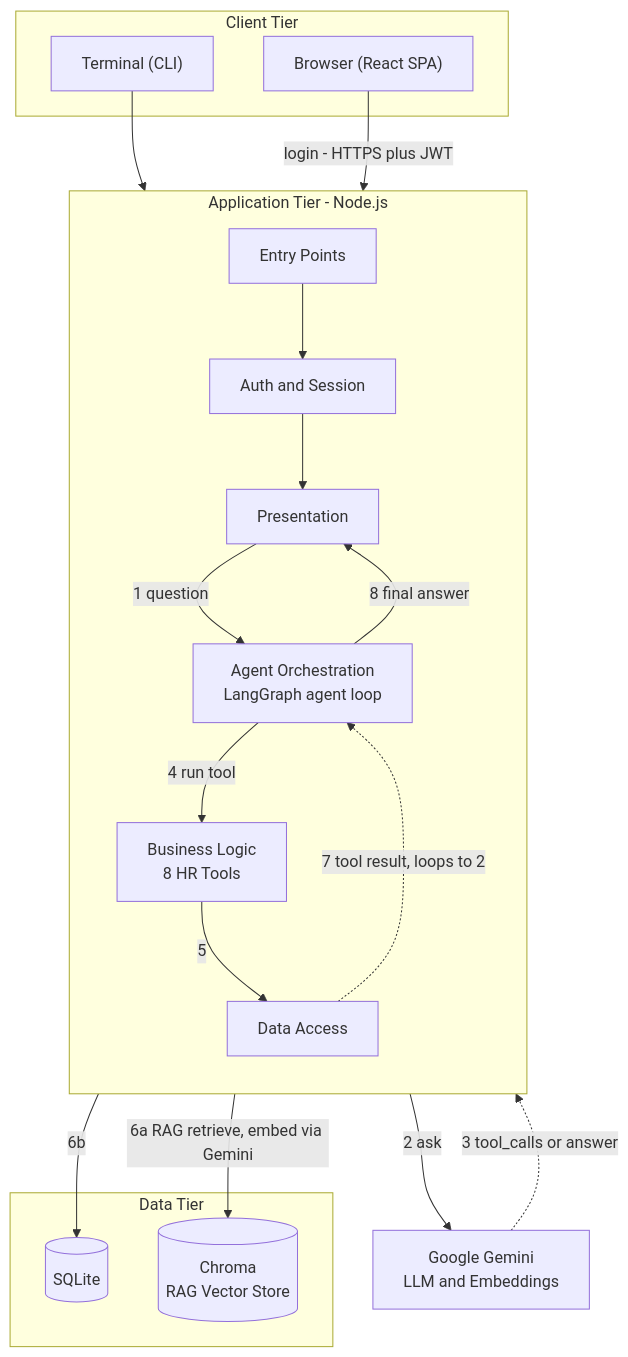
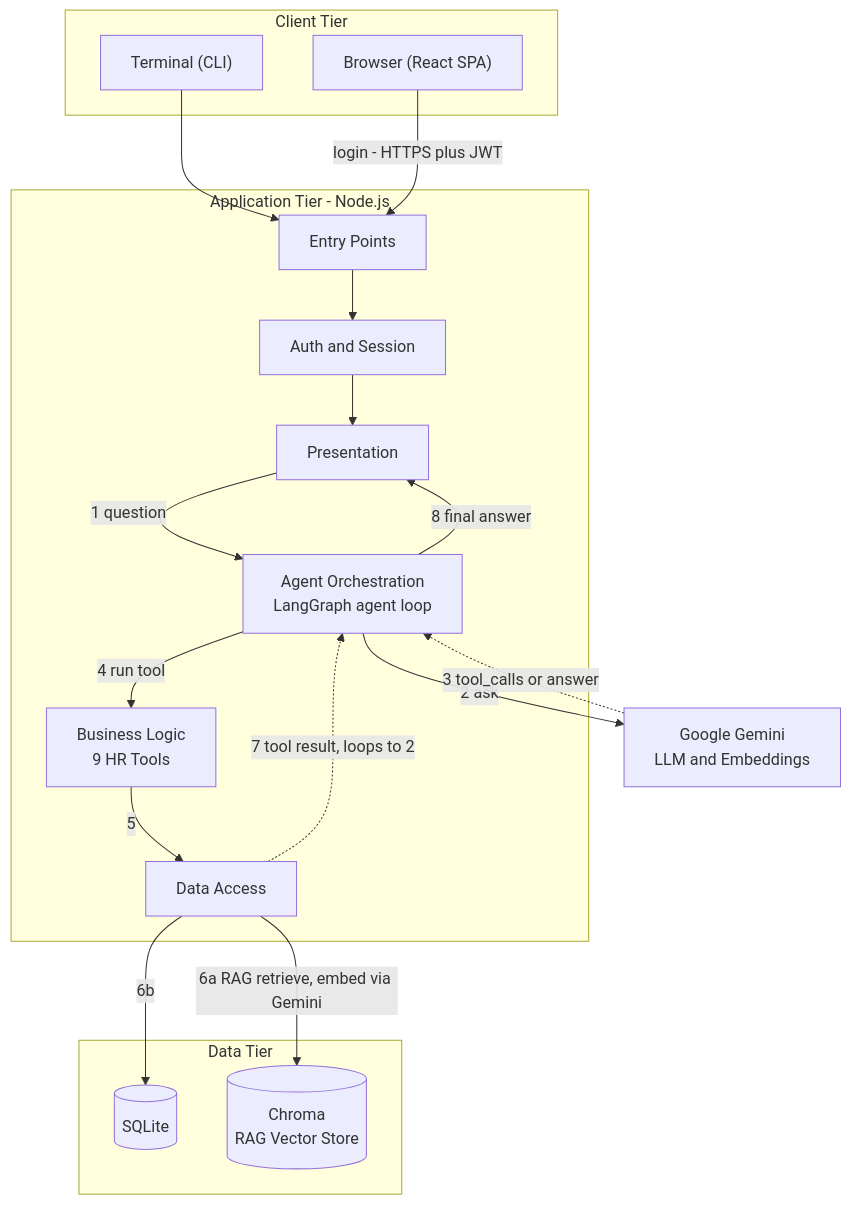
One commit to Nandhakumar-nk/hr-chat-agent changed the diagram in README.md. Above: the diagram before and after it, drawn with Mermaid.

Commit message:
README: normalize the architecture diagram's Mermaid syntax
Removes a subgraph direction override that's a known source of
version-dependent layout differences across Mermaid renderers, and
switches multi-line node labels from embedded newlines to <br/>, the
more portable way to break a line inside a label. Also fixes the
Business Logic node's stale "8 HR Tools" to 9 (submit_leave_request
was added since). No change to nodes, edges or information shown.

````diff
--- a/README.md
+++ b/README.md
@@ -15,42 +15,37 @@
 ```mermaid
 flowchart TB
     subgraph Client["Client Tier"]
         Terminal["Terminal (CLI)"]
         Browser["Browser (React SPA)"]
     end
 
     subgraph Backend["Application Tier - Node.js"]
-        direction TB
         Entry["Entry Points"]
         Auth["Auth and Session"]
         Presentation["Presentation"]
-        Orchestration["Agent Orchestration
-LangGraph agent loop"]
-        Business["Business Logic
-8 HR Tools"]
+        Orchestration["Agent Orchestration<br/>LangGraph agent loop"]
+        Business["Business Logic<br/>9 HR Tools"]
         DataAccess["Data Access"]
     end
 
     subgraph DataTier["Data Tier"]
         SQLite[("SQLite")]
-        Chroma[("Chroma
-RAG Vector Store")]
+        Chroma[("Chroma<br/>RAG Vector Store")]
     end
 
-    Gemini["Google Gemini
-LLM and Embeddings"]
+    Gemini["Google Gemini<br/>LLM and Embeddings"]
 
     Terminal --> Entry
     Browser -- "login - HTTPS plus JWT" --> Entry
     Entry --> Auth
     Auth --> Presentation
     Presentation -- "1 question" --> Orchestration
     Orchestration -- "2 ask" --> Gemini
     Gemini -. "3 tool_calls or answer" .-> Orchestration
     Orchestration -- "4 run tool" --> Business
     Business -- "5" --> DataAccess
     DataAccess -- "6a RAG retrieve, embed via Gemini" --> Chroma
     DataAccess -- "6b" --> SQLite
     DataAccess -. "7 tool result, loops to 2" .-> Orchestration
     Orchestration -- "8 final answer" --> Presentation
 ```
````
